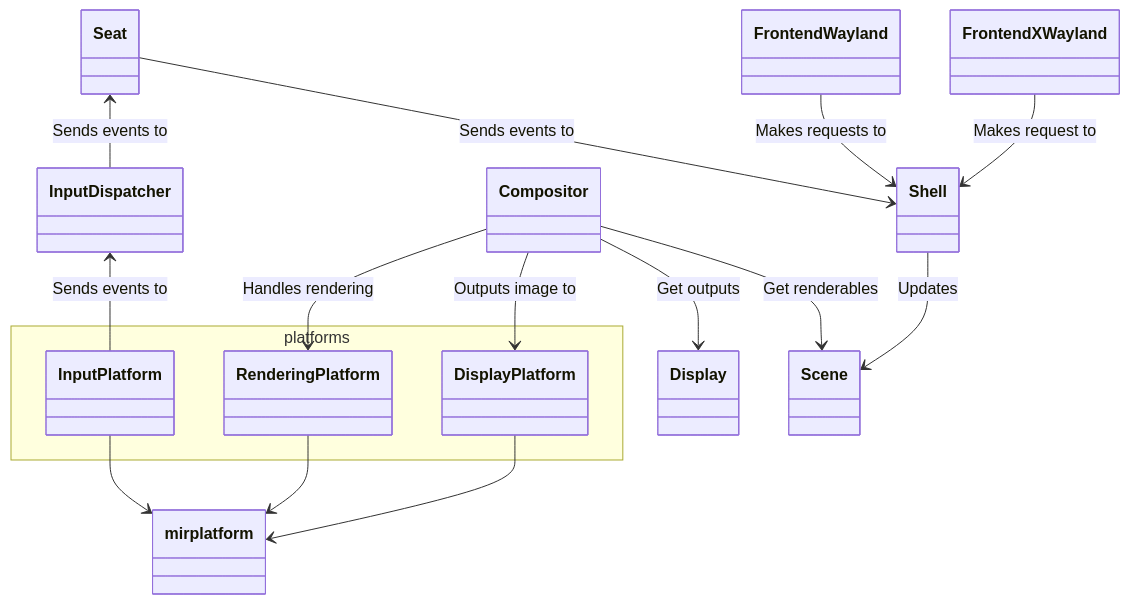
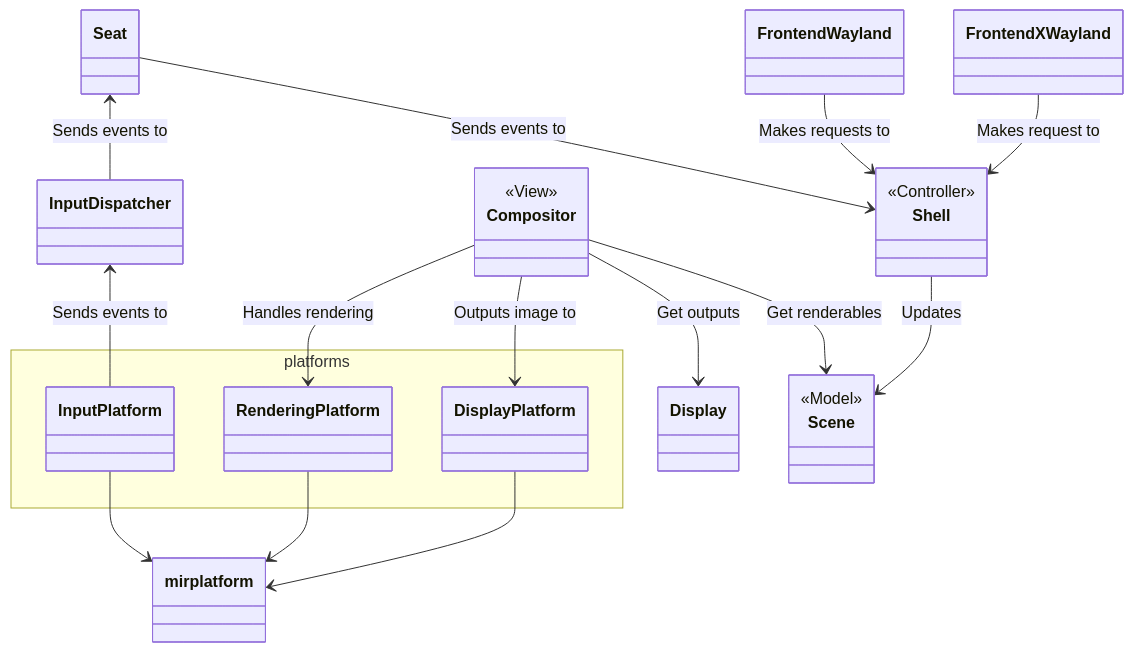
One commit to canonical/mir changed the diagram in doc/sphinx/explanation/mirserver.mmd. Above: the diagram before and after it, drawn with Mermaid.

Commit message:
Annotate the Model/View/Controller pattern

```diff
--- a/doc/sphinx/explanation/mirserver.mmd
+++ b/doc/sphinx/explanation/mirserver.mmd
@@ -1,24 +1,28 @@
 
 classDiagram
     namespace platforms {
         class DisplayPlatform
         class RenderingPlatform
         class InputPlatform
     }
 
     DisplayPlatform --> mirplatform
     RenderingPlatform --> mirplatform
     InputPlatform --> mirplatform
 
     Seat <-- InputDispatcher: Sends events to
     FrontendXWayland --> Shell: Makes request to
     FrontendWayland --> Shell: Makes requests to
     Seat --> Shell: Sends events to
 
     Compositor --> Display: Get outputs
     Shell --> Scene: Updates
     Compositor --> Scene: Get renderables
 
     InputDispatcher <-- InputPlatform: Sends events to
     Compositor --> RenderingPlatform: Handles rendering
     Compositor --> DisplayPlatform: Outputs image to
+
+    <<Controller>> Shell
+    <<Model>> Scene
+    <<View>> Compositor
```
